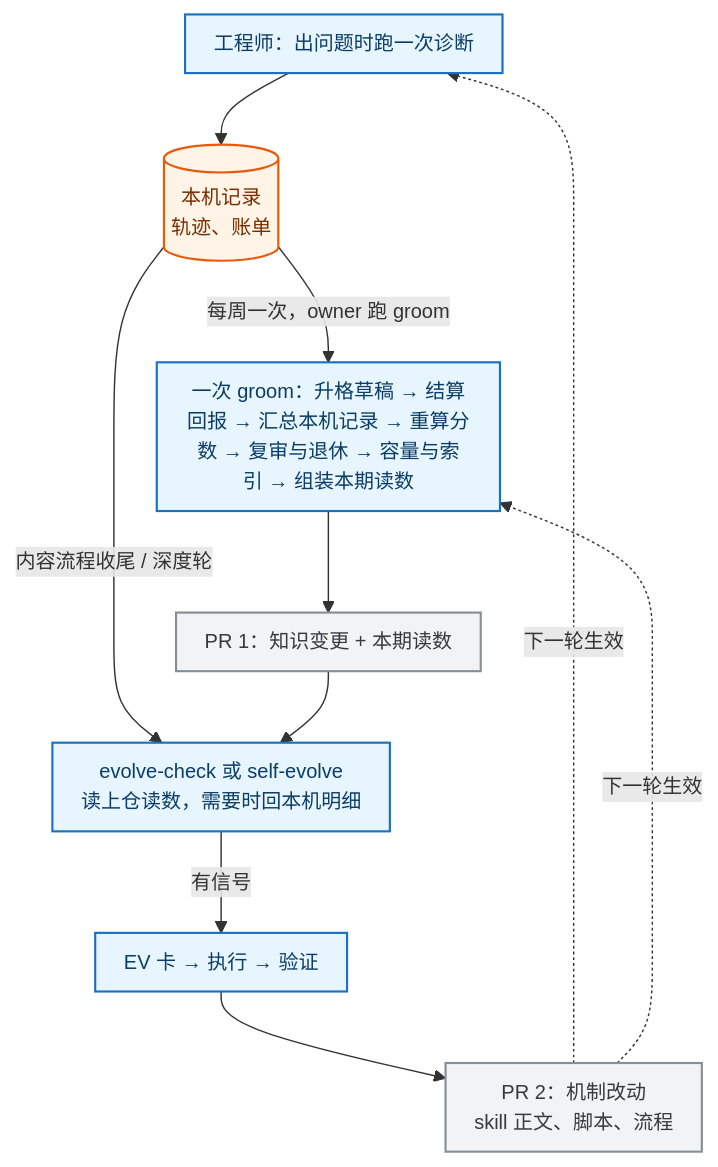
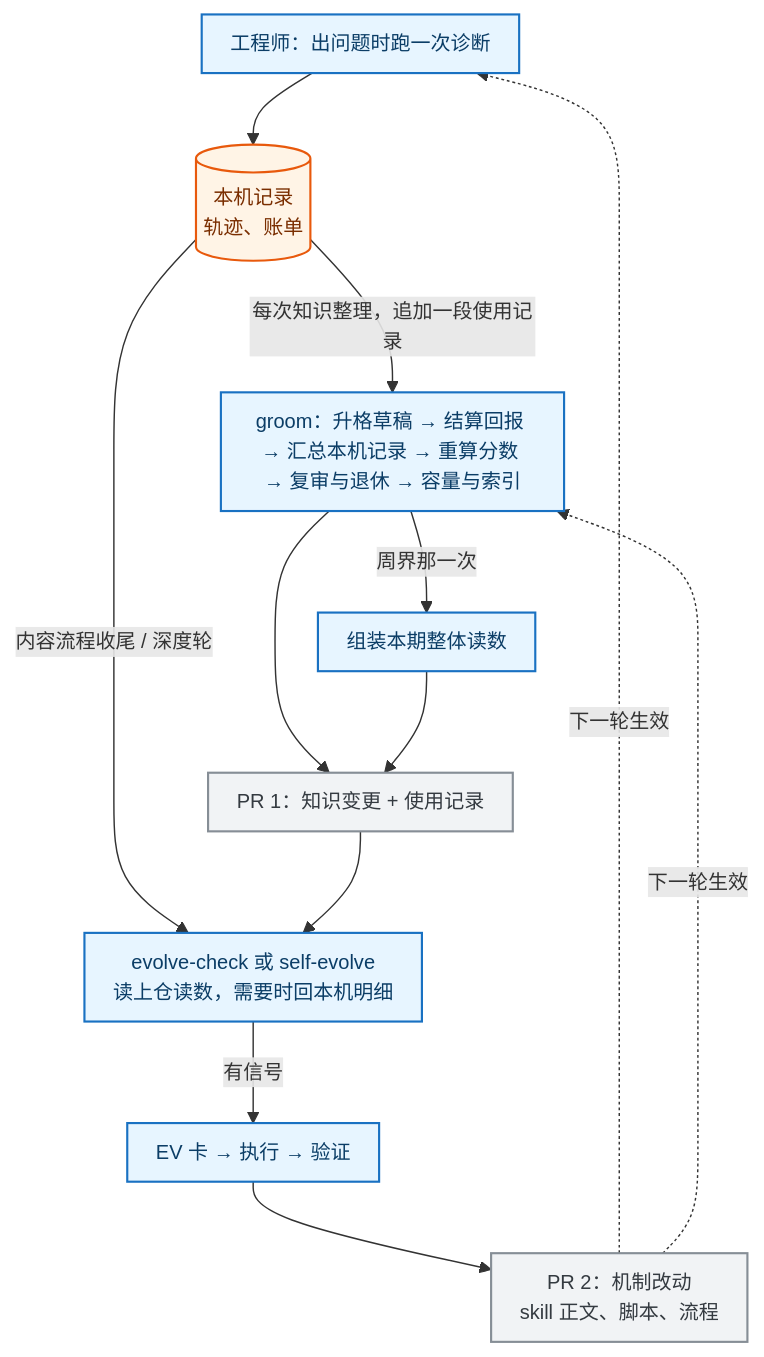
Before and after one commit to Bowen-Leee/ascend-sleuth: the second of 4 diagrams in docs/mechanism/diagnosis-observability.md, drawn with Mermaid. The commit also changed other lines of this file and 1 other file, not shown here.

````diff
--- a/docs/mechanism/diagnosis-observability.md
+++ b/docs/mechanism/diagnosis-observability.md
@@ -136,20 +167,22 @@
 ```mermaid
 %%{init: {'themeVariables':{'fontSize':'14px'},'flowchart':{'curve':'basis','nodeSpacing':40,'rankSpacing':50,'padding':10}}}%%
 flowchart TB
     D1["工程师：出问题时跑一次诊断"] --> L[("本机记录<br/>轨迹、账单")]
-    L -->|"每周一次，owner 跑 groom"| G1["一次 groom：升格草稿 → 结算回报 → 汇总本机记录 → 重算分数 → 复审与退休 → 容量与索引 → 组装本期读数"]
-    G1 --> P1["PR 1：知识变更 + 本期读数"]
+    L -->|"每次知识整理，追加一段使用记录"| G1["groom：升格草稿 → 结算回报 → 汇总本机记录 → 重算分数 → 复审与退休 → 容量与索引"]
+    G1 -->|"周界那一次"| G2["组装本期整体读数"]
+    G1 --> P1["PR 1：知识变更 + 使用记录"]
+    G2 --> P1
     L -->|"内容流程收尾 / 深度轮"| V1["evolve-check 或 self-evolve<br/>读上仓读数，需要时回本机明细"]
     P1 --> V1
     V1 -->|"有信号"| V2["EV 卡 → 执行 → 验证"]
     V2 --> P2["PR 2：机制改动<br/>skill 正文、脚本、流程"]
     P2 -.->|"下一轮生效"| D1
     P2 -.->|"下一轮生效"| G1
 
     classDef human fill:#e7f5ff,stroke:#1971c2,stroke-width:1.5px,color:#0b3d66
     classDef store fill:#fff4e6,stroke:#e8590c,stroke-width:1.5px,color:#7a2e00
     classDef pr fill:#f1f3f5,stroke:#868e96,stroke-width:1.5px,color:#343a40
-    class D1,G1,V1,V2 human
+    class D1,G1,G2,V1,V2 human
     class L store
     class P1,P2 pr
 ```
````
